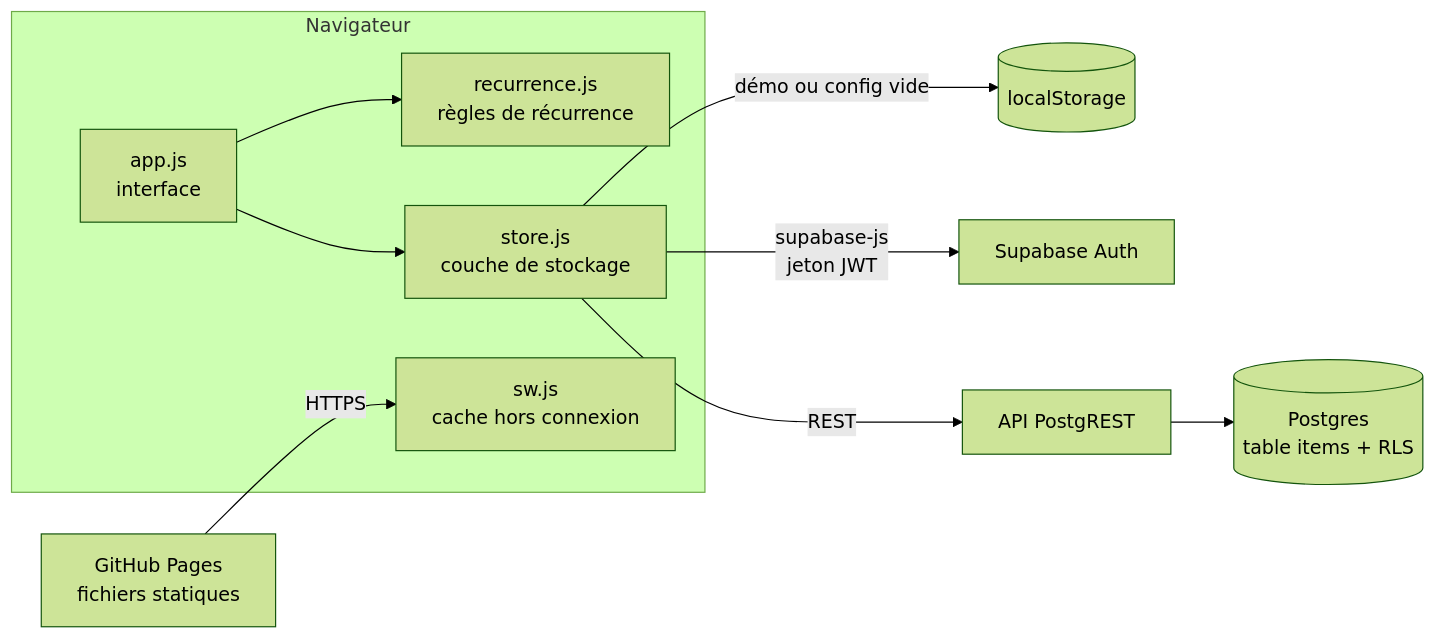
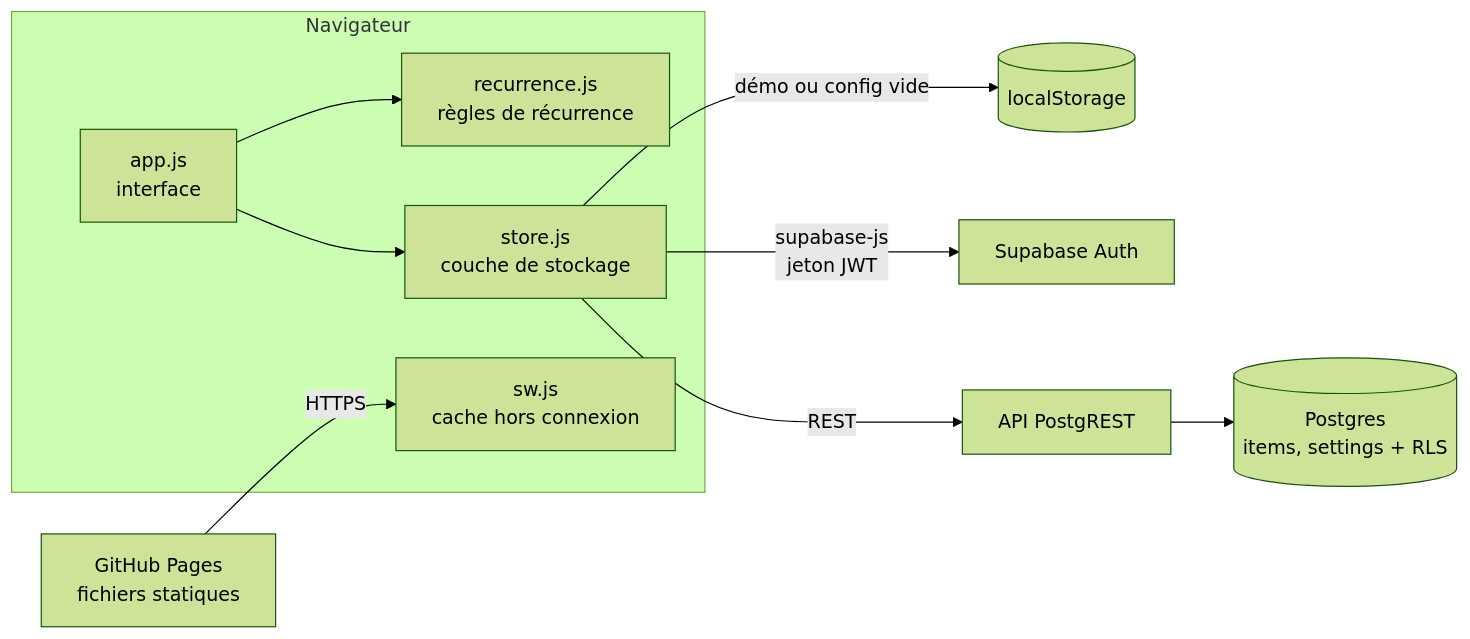
Before and after one commit to CadGeff/Planning: the diagram in README.md, drawn with Mermaid (forest theme). The commit also changed other lines of this file and 11 other files, not shown here.

````diff
--- a/README.md
+++ b/README.md
@@ -49,13 +51,13 @@
 ```mermaid
 flowchart LR
     subgraph Navigateur
         UI["app.js<br/>interface"] --> REC["recurrence.js<br/>règles de récurrence"]
         UI --> ST["store.js<br/>couche de stockage"]
         SW["sw.js<br/>cache hors connexion"]
     end
     GH["GitHub Pages<br/>fichiers statiques"] -->|HTTPS| SW
     ST -->|"démo ou config vide"| LS[("localStorage")]
     ST -->|"supabase-js<br/>jeton JWT"| AUTH["Supabase Auth"]
     ST -->|REST| API["API PostgREST"]
-    API --> PG[("Postgres<br/>table items + RLS")]
+    API --> PG[("Postgres<br/>items, settings + RLS")]
 ```
````
